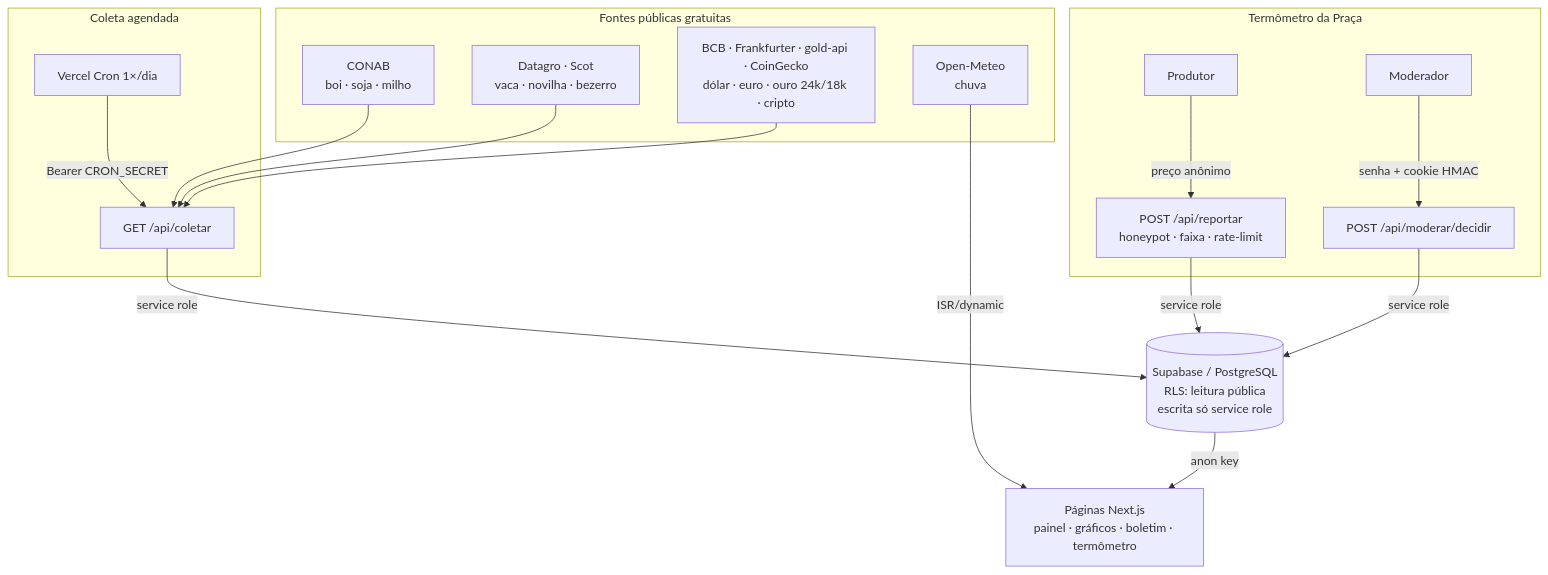
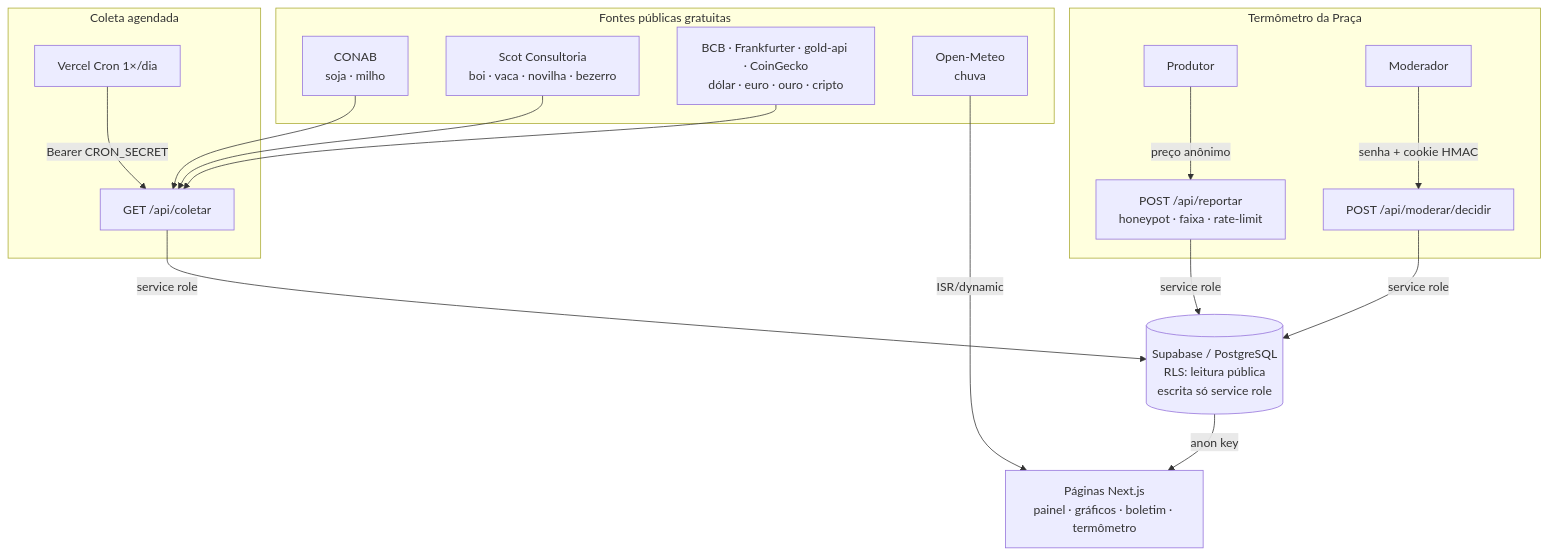
The first of 2 diagrams in README.md (cielioqueiroz/praca-araguaia), drawn with Mermaid before and after one commit. The commit also changed other lines of this file and 5 other files, not shown here.

First line of the commit message:
docs: README e prints com boi/vaca por estado e só o Ouro no mercado

````diff
--- a/README.md
+++ b/README.md
@@ -142,28 +143,28 @@
 ```mermaid
 flowchart TD
     subgraph Fontes["Fontes públicas gratuitas"]
-        CONAB["CONAB<br/>boi · soja · milho"]
-        GADO["Datagro · Scot<br/>vaca · novilha · bezerro"]
-        CAMBIO["BCB · Frankfurter · gold-api · CoinGecko<br/>dólar · euro · ouro 24k/18k · cripto"]
+        CONAB["CONAB<br/>soja · milho"]
+        GADO["Scot Consultoria<br/>boi · vaca · novilha · bezerro"]
+        CAMBIO["BCB · Frankfurter · gold-api · CoinGecko<br/>dólar · euro · ouro · cripto"]
         METEO["Open-Meteo<br/>chuva"]
     end
 
     subgraph Coleta["Coleta agendada"]
         CRON["Vercel Cron 1×/dia"] -->|Bearer CRON_SECRET| COLETAR["GET /api/coletar"]
         CONAB --> COLETAR
         GADO --> COLETAR
         CAMBIO --> COLETAR
     end
 
     subgraph Reportes["Termômetro da Praça"]
         PROD["Produtor"] -->|preço anônimo| REPORTAR["POST /api/reportar<br/>honeypot · faixa · rate-limit"]
         MOD["Moderador"] -->|senha + cookie HMAC| DECIDIR["POST /api/moderar/decidir"]
     end
 
     COLETAR -->|service role| DB[("Supabase / PostgreSQL<br/>RLS: leitura pública<br/>escrita só service role")]
     REPORTAR -->|service role| DB
     DECIDIR -->|service role| DB
 
     DB -->|anon key| PAGES["Páginas Next.js<br/>painel · gráficos · boletim · termômetro"]
     METEO -->|ISR/dynamic| PAGES
 ```
````
